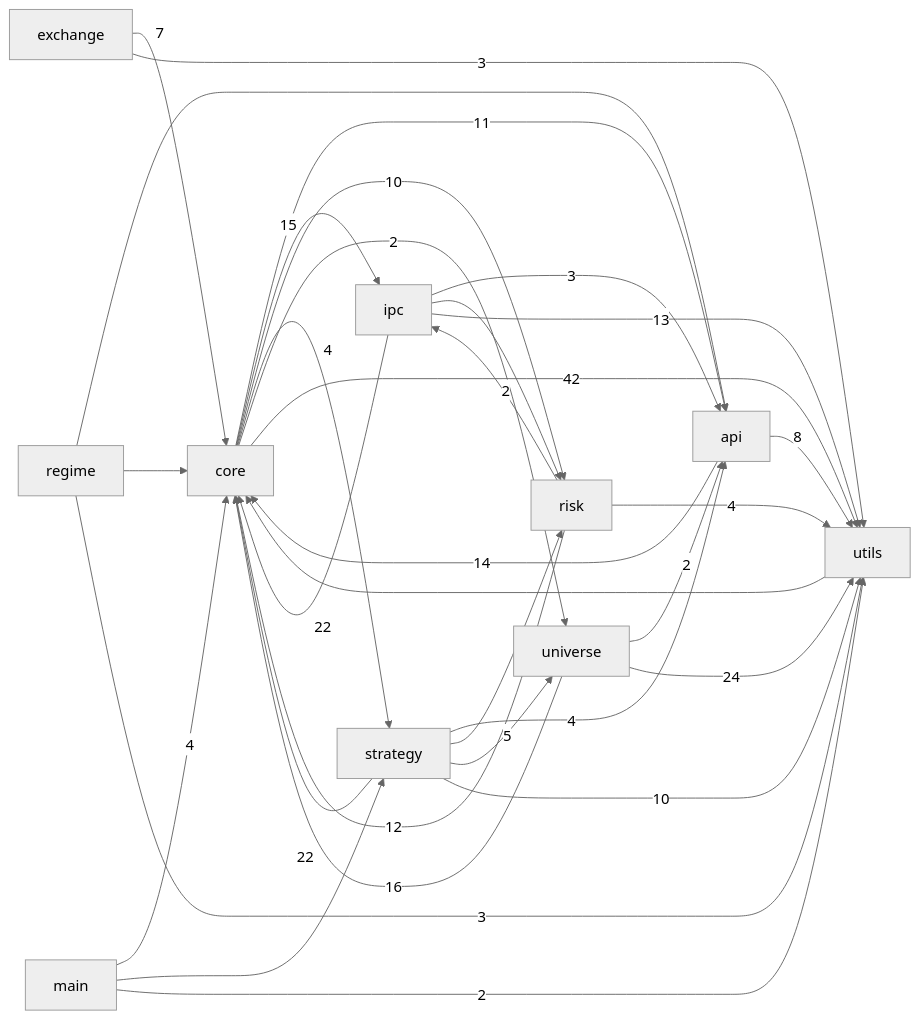
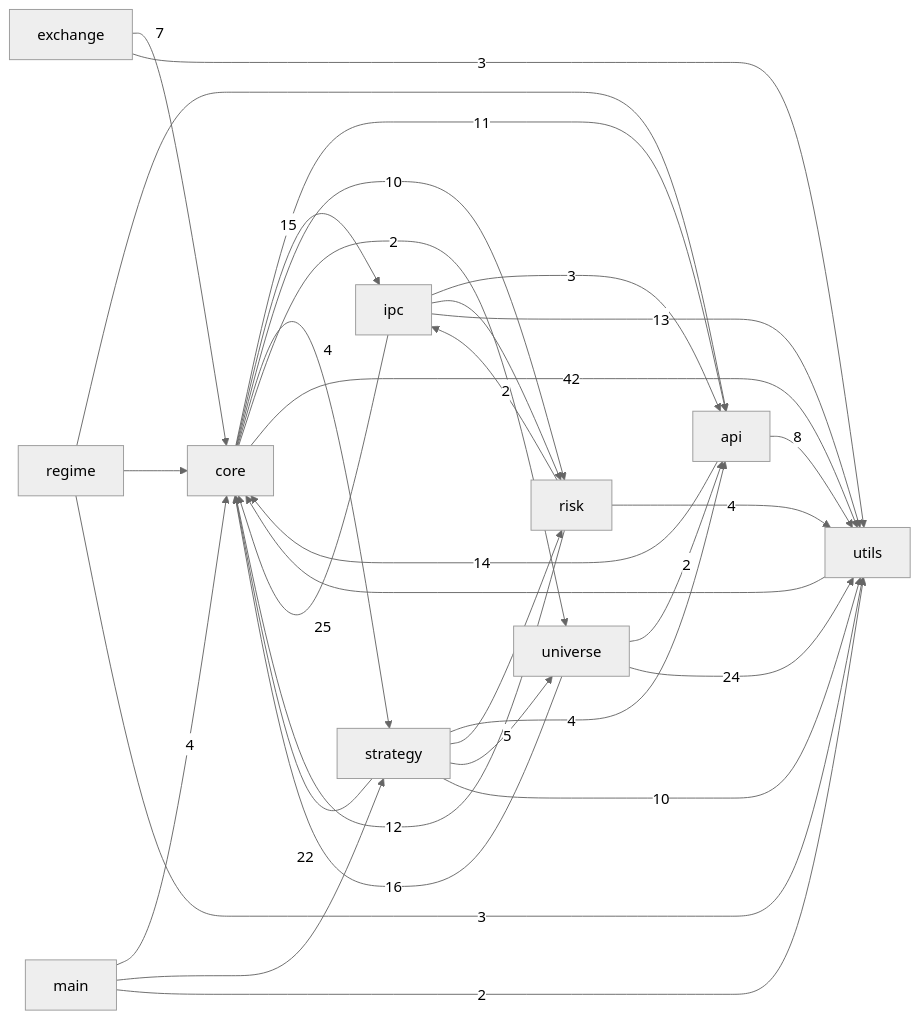
One commit to pypy8171/Quant changed the first of 3 diagrams in docs/CODE_GRAPH.md. Above: the diagram before and after it, drawn with Mermaid (neutral theme). The commit also changed other lines of this file and 26 other files, not shown here.

````diff
--- a/docs/CODE_GRAPH.md
+++ b/docs/CODE_GRAPH.md
@@ -10,45 +10,45 @@
 ```mermaid
 graph LR
   main[main]
   core[core]
   strategy[strategy]
   api[api]
   universe[universe]
   risk[risk]
   ipc[ipc]
   utils[utils]
   exchange[exchange]
   regime[regime]
   api -->|14| core
   api -->|8| utils
   core -->|11| api
   core -->|15| ipc
   core -->|10| risk
   core -->|4| strategy
   core -->|2| universe
   core -->|42| utils
   exchange -->|7| core
   exchange -->|3| utils
   ipc -->|3| api
-  ipc -->|22| core
+  ipc -->|25| core
   ipc --> risk
   ipc -->|13| utils
   main -->|4| core
   main --> strategy
   main -->|2| utils
   regime --> api
   regime --> core
   regime -->|3| utils
   risk -->|12| core
   risk -->|2| ipc
   risk -->|4| utils
   strategy -->|4| api
   strategy -->|22| core
   strategy --> risk
   strategy -->|5| universe
   strategy -->|10| utils
   universe -->|2| api
   universe -->|16| core
   universe -->|24| utils
   utils --> core
 ```
````
